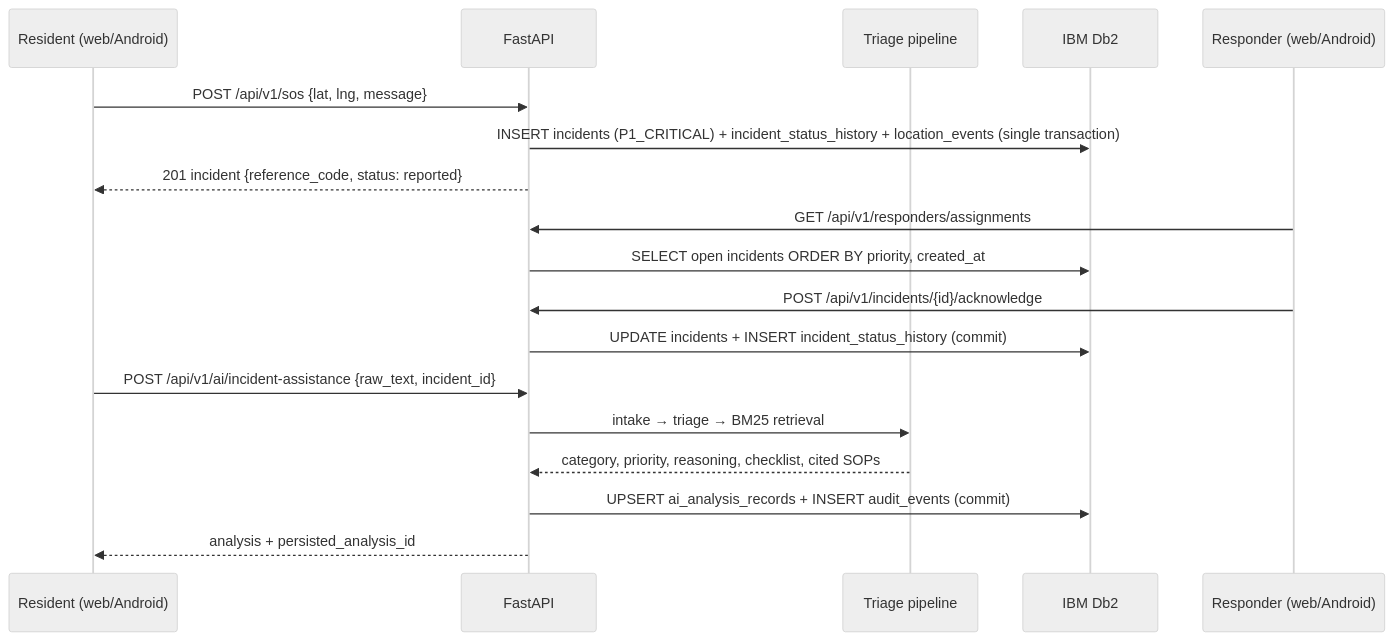
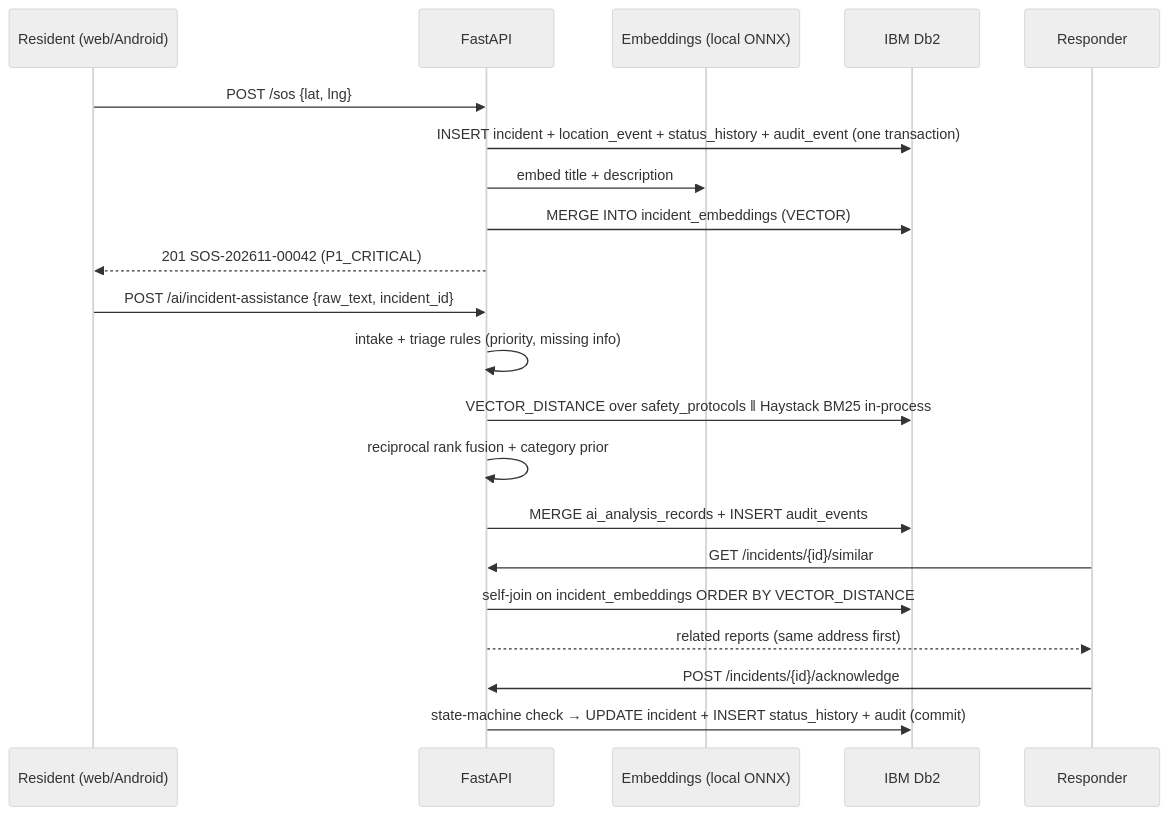
The second of 2 diagrams in submissions/neighbourhood-safety-intelligence-network/architecture.md (KunalGolaIBM/IBM_Db2_TechX_Project_Submission), drawn with Mermaid (neutral theme) before and after one commit. The commit also changed other lines of this file and 2 other files, not shown here.

First line of the commit message:
docs(neighbourhood-safety-intelligence-network): document Db2 vectors, analytics, least privilege and verification

````diff
--- a/submissions/neighbourhood-safety-intelligence-network/architecture.md
+++ b/submissions/neighbourhood-safety-intelligence-network/architecture.md
@@ -36,21 +47,24 @@
 ```mermaid
 sequenceDiagram
     participant R as Resident (web/Android)
     participant A as FastAPI
-    participant P as Triage pipeline
+    participant V as Embeddings (local ONNX)
     participant D as IBM Db2
-    participant Q as Responder (web/Android)
+    participant Q as Responder
 
-    R->>A: POST /api/v1/sos {lat, lng, message}
-    A->>D: INSERT incidents (P1_CRITICAL) + incident_status_history + location_events (single transaction)
-    A-->>R: 201 incident {reference_code, status: reported}
-    Q->>A: GET /api/v1/responders/assignments
-    A->>D: SELECT open incidents ORDER BY priority, created_at
-    Q->>A: POST /api/v1/incidents/{id}/acknowledge
-    A->>D: UPDATE incidents + INSERT incident_status_history (commit)
-    R->>A: POST /api/v1/ai/incident-assistance {raw_text, incident_id}
-    A->>P: intake → triage → BM25 retrieval
-    P-->>A: category, priority, reasoning, checklist, cited SOPs
-    A->>D: UPSERT ai_analysis_records + INSERT audit_events (commit)
-    A-->>R: analysis + persisted_analysis_id
+    R->>A: POST /sos {lat, lng}
+    A->>D: INSERT incident + location_event + status_history + audit_event (one transaction)
+    A->>V: embed title + description
+    A->>D: MERGE INTO incident_embeddings (VECTOR)
+    A-->>R: 201 SOS-202611-00042 (P1_CRITICAL)
+    R->>A: POST /ai/incident-assistance {raw_text, incident_id}
+    A->>A: intake + triage rules (priority, missing info)
+    A->>D: VECTOR_DISTANCE over safety_protocols  ‖  Haystack BM25 in-process
+    A->>A: reciprocal rank fusion + category prior
+    A->>D: MERGE ai_analysis_records + INSERT audit_events
+    Q->>A: GET /incidents/{id}/similar
+    A->>D: self-join on incident_embeddings ORDER BY VECTOR_DISTANCE
+    A-->>Q: related reports (same address first)
+    Q->>A: POST /incidents/{id}/acknowledge
+    A->>D: state-machine check → UPDATE incident + INSERT status_history + audit (commit)
 ```
````
